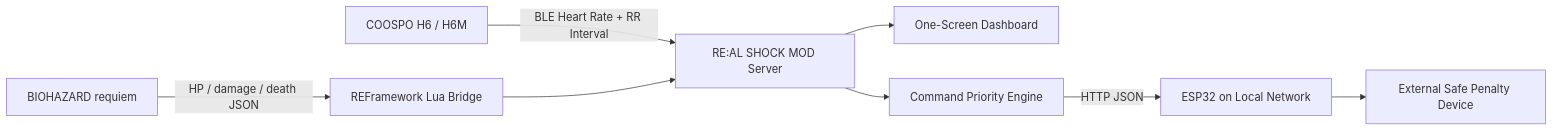
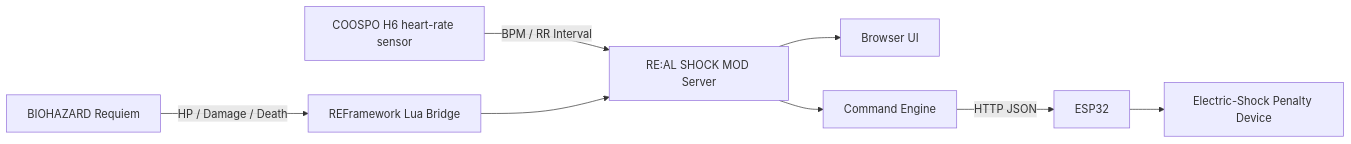
The diagram in README.en.md (Saisei2004/real-shock-mod), drawn with Mermaid before and after one commit. The commit also changed other lines of this file and 1 other file, not shown here.

````diff
--- a/README.en.md
+++ b/README.en.md
@@ -46,10 +103,10 @@
 ```mermaid
 flowchart LR
-    A["BIOHAZARD requiem"] -->|"HP / damage / death JSON"| B["REFramework Lua Bridge"]
-    C["COOSPO H6 / H6M"] -->|"BLE Heart Rate + RR Interval"| D["RE:AL SHOCK MOD Server"]
+    A["BIOHAZARD Requiem"] -->|"HP / Damage / Death"| B["REFramework Lua Bridge"]
+    C["COOSPO H6 heart-rate sensor"] -->|"BPM / RR Interval"| D["RE:AL SHOCK MOD Server"]
     B --> D
-    D --> E["One-Screen Dashboard"]
-    D --> F["Command Priority Engine"]
-    F -->|"HTTP JSON"| G["ESP32 on Local Network"]
-    G --> H["External Safe Penalty Device"]
+    D --> E["Browser UI"]
+    D --> F["Command Engine"]
+    F -->|"HTTP JSON"| G["ESP32"]
+    G --> H["Electric-Shock Penalty Device"]
 ```
````
